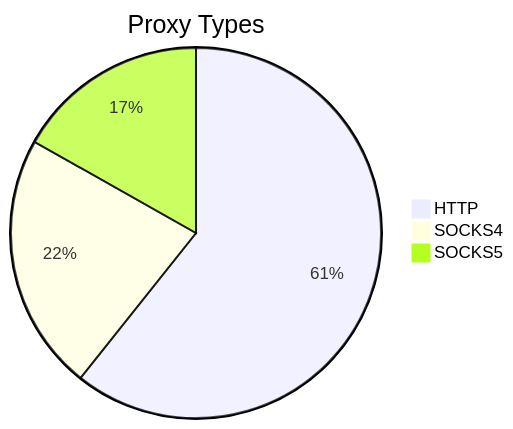
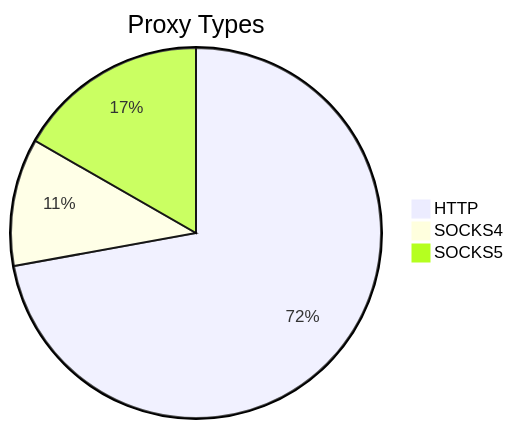
The first of 2 diagrams in README.md (stormsia/proxy-list), drawn with Mermaid before and after one commit. The commit also changed other lines of this file, not shown here.

````diff
--- a/README.md
+++ b/README.md
@@ -21,6 +21,6 @@
 ```mermaid
 pie title Proxy Types
-    "HTTP" : 397
-    "SOCKS4" : 147
-    "SOCKS5" : 110
+    "HTTP" : 246
+    "SOCKS4" : 38
+    "SOCKS5" : 57
 ```
````
